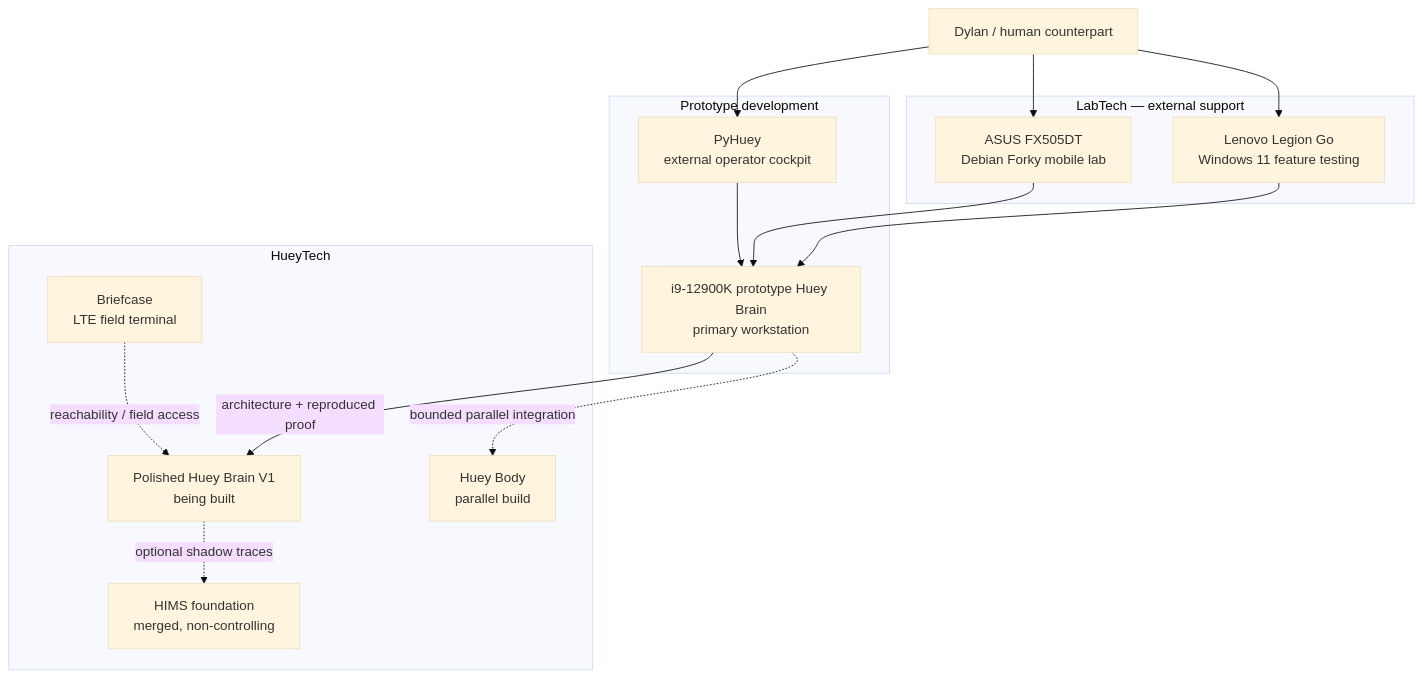
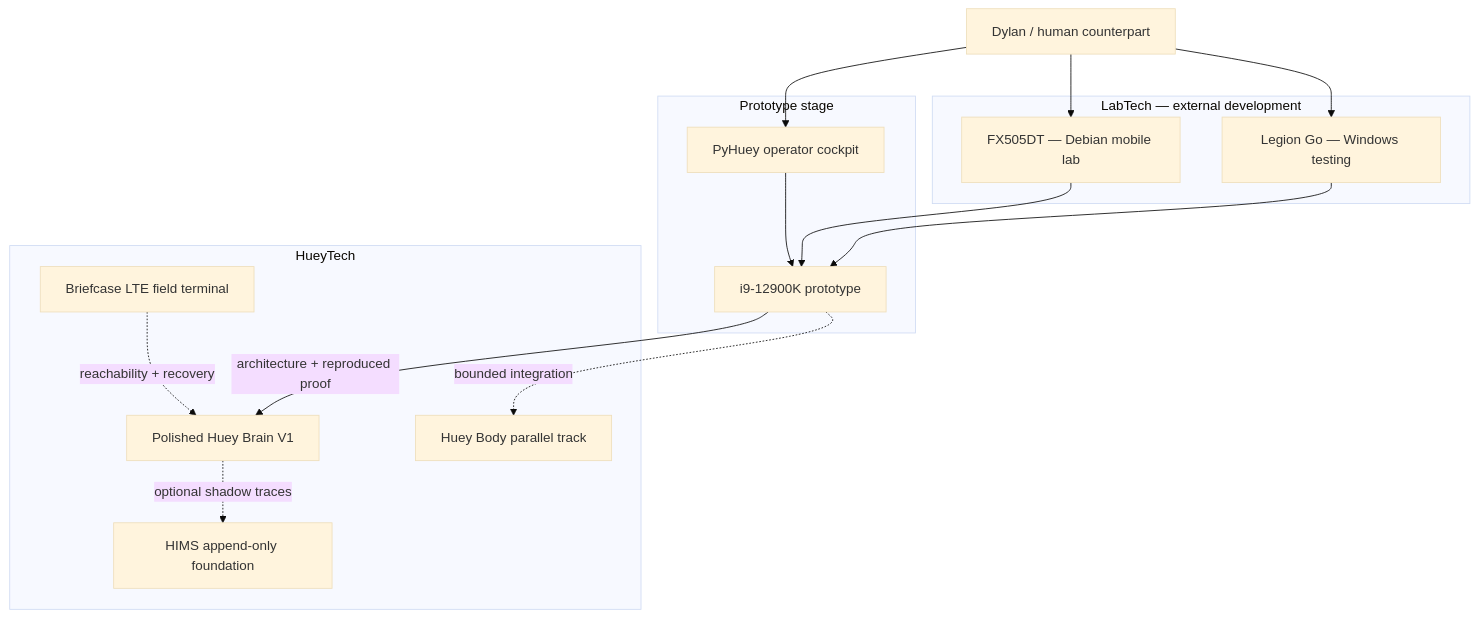
One commit to DylanLRPollock/Monkey-Head-Project changed the first of 2 diagrams in README.md. Above: the diagram before and after it, drawn with Mermaid (base theme). The commit also changed other lines of this file, not shown here.

````diff
--- a/README.md
+++ b/README.md
@@ -119,32 +119,32 @@
 ```mermaid
 flowchart TB
     D["Dylan / human counterpart"]
 
-    subgraph LT["LabTech — external support"]
-        FX["ASUS FX505DT<br/>Debian Forky mobile lab"]
-        LG["Lenovo Legion Go<br/>Windows 11 feature testing"]
+    subgraph LAB["LabTech — external development"]
+        FX["FX505DT — Debian mobile lab"]
+        LG["Legion Go — Windows testing"]
     end
 
-    subgraph PROTO["Prototype development"]
-        P["i9-12900K prototype Huey Brain<br/>primary workstation"]
-        PY["PyHuey<br/>external operator cockpit"]
+    subgraph PROTOTYPE["Prototype stage"]
+        PY["PyHuey operator cockpit"]
+        P["i9-12900K prototype"]
     end
 
-    subgraph HUEY["HueyTech"]
-        B["Polished Huey Brain V1<br/>being built"]
-        BODY["Huey Body<br/>parallel build"]
-        BC["Briefcase<br/>LTE field terminal"]
-        HIMS["HIMS foundation<br/>merged, non-controlling"]
+    subgraph HUEYTECH["HueyTech"]
+        B["Polished Huey Brain V1"]
+        BODY["Huey Body parallel track"]
+        BC["Briefcase LTE field terminal"]
+        HIMS["HIMS append-only foundation"]
     end
 
     D --> PY
     D --> FX
     D --> LG
     PY --> P
     FX --> P
     LG --> P
     P -->|"architecture + reproduced proof"| B
-    P -. "bounded parallel integration" .-> BODY
-    BC -. "reachability / field access" .-> B
+    P -. "bounded integration" .-> BODY
+    BC -. "reachability + recovery" .-> B
     B -. "optional shadow traces" .-> HIMS
 ```
````
